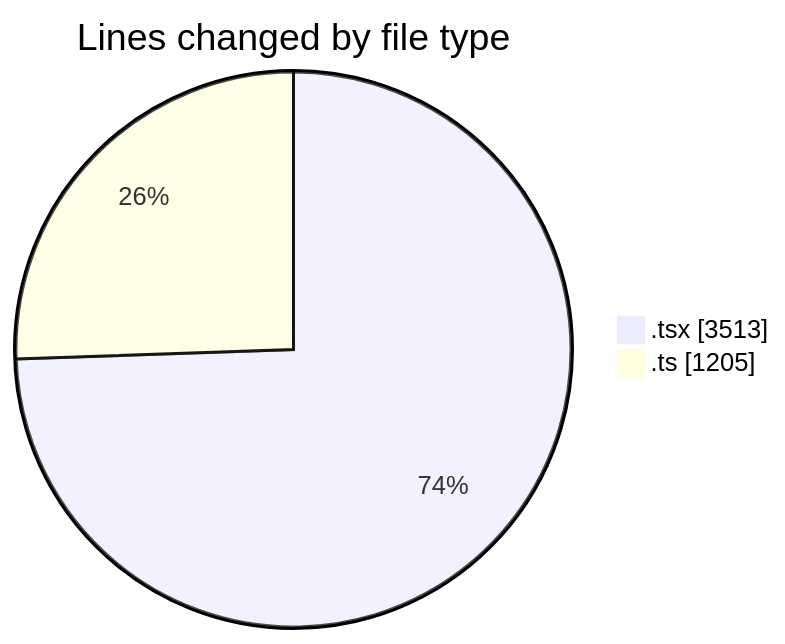
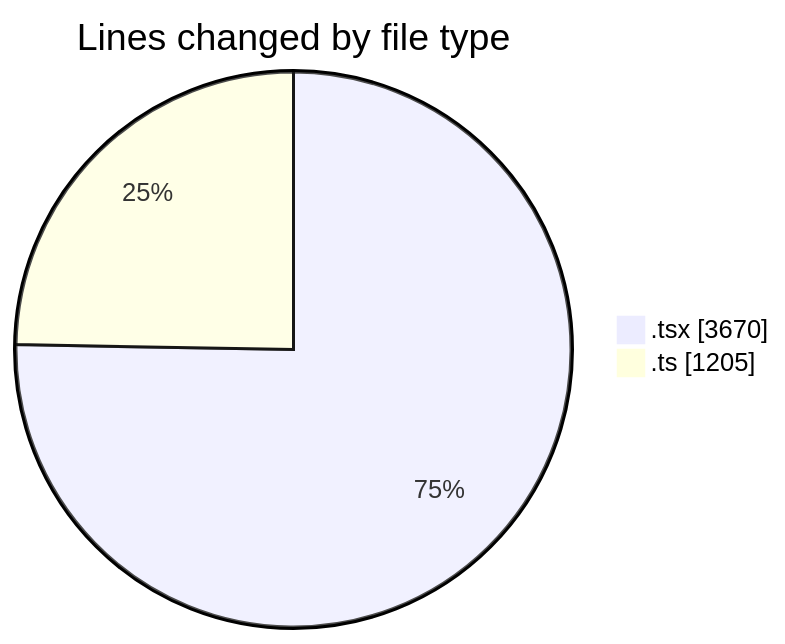
The first of 2 diagrams in 2026-02-18/nxtqube_webapp/README.md (nxtqubesakshisongat/code-tracking), drawn with Mermaid before and after one commit. The commit also changed other lines of this file and 1 other file, not shown here.

````diff
--- a/2026-02-18/nxtqube_webapp/README.md
+++ b/2026-02-18/nxtqube_webapp/README.md
@@ -28,6 +28,6 @@
 ```mermaid
 pie showData
 title Lines changed by file type
-".tsx" : 3513
+".tsx" : 3670
 ".ts" : 1205
 ```
````
